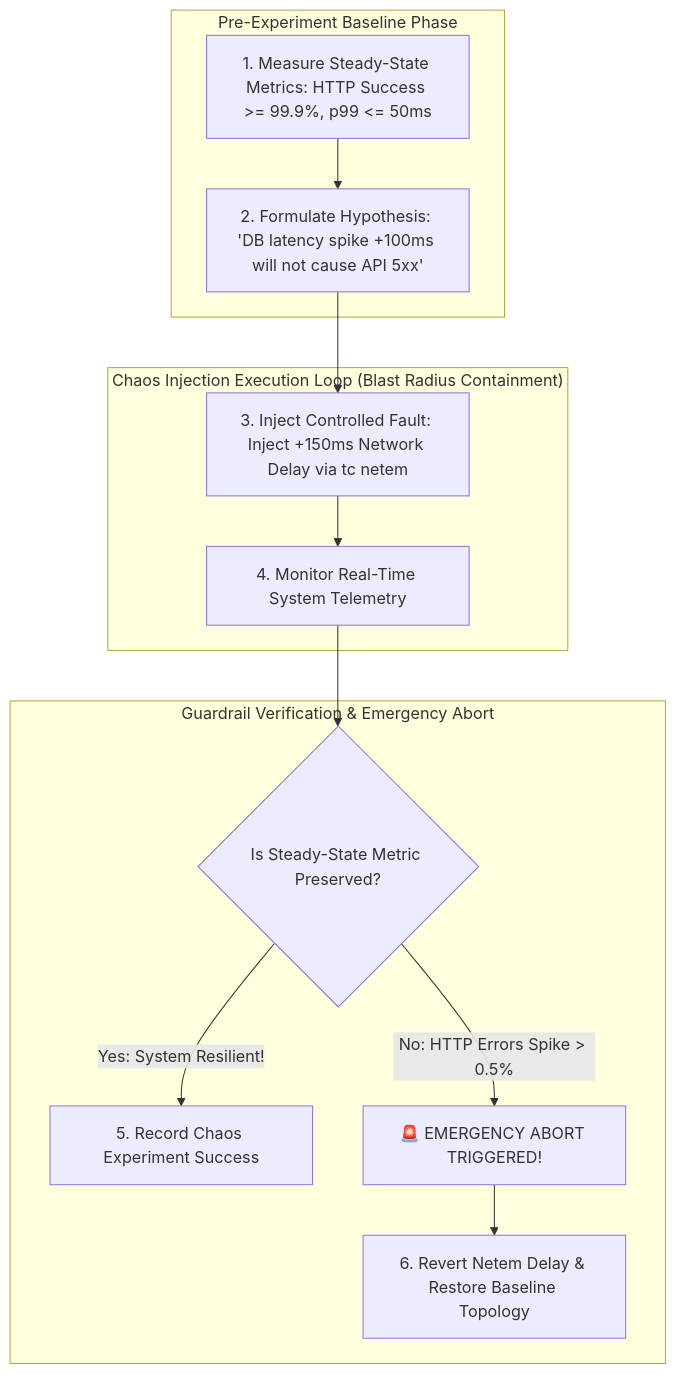
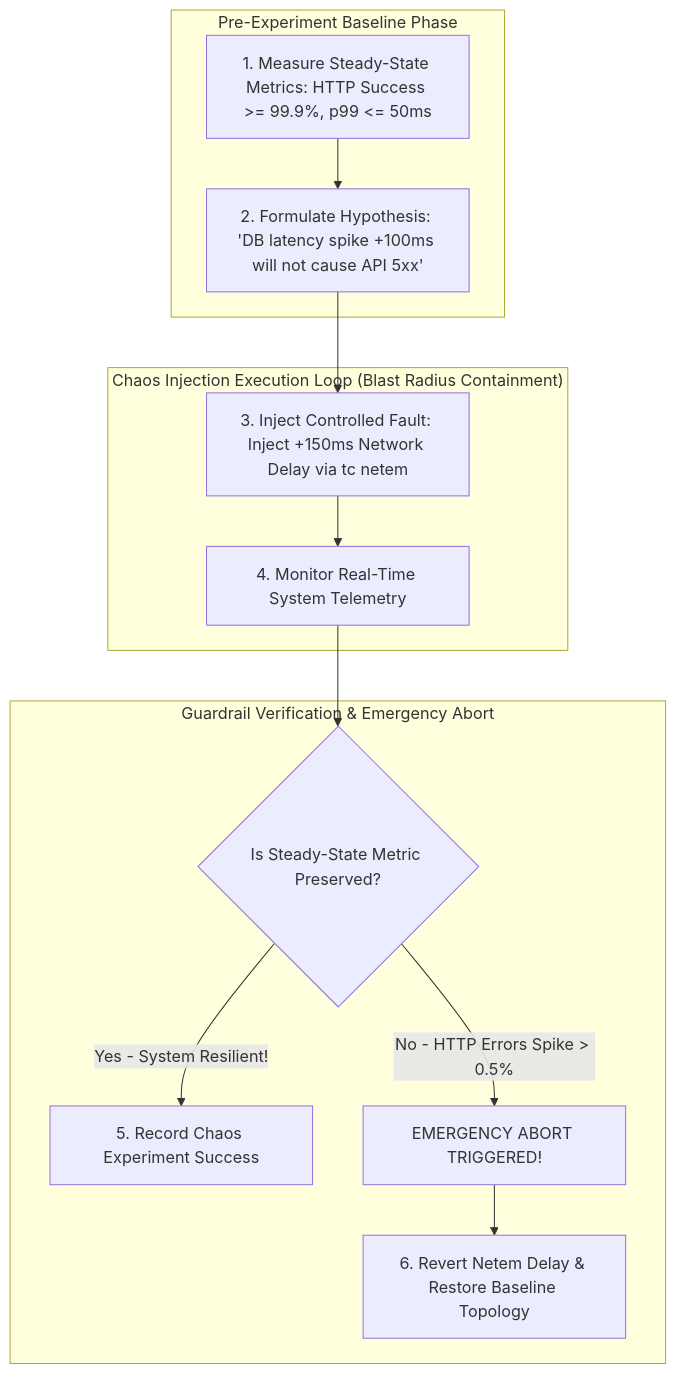
Before and after one commit to akmalkhaniub/akmalkhaniub.github.io: the diagram in blog/posts/chaos-engineering-principles-automated-failure-injection.md, drawn with Mermaid. The commit also changed 411 other files, not shown here.

````diff
--- a/blog/posts/chaos-engineering-principles-automated-failure-injection.md
+++ b/blog/posts/chaos-engineering-principles-automated-failure-injection.md
@@ -19,20 +19,20 @@
 ```mermaid
-graph TD
+flowchart TD
   subgraph SG1_PreExperimentBaseline ["Pre-Experiment Baseline Phase"]
     SteadyState[1. Measure Steady-State Metrics: HTTP Success >= 99.9%, p99 <= 50ms] --> Hypothesis[2. Formulate Hypothesis: 'DB latency spike +100ms will not cause API 5xx']
   end
   
   subgraph SG2_ChaosInjectionExecution ["Chaos Injection Execution Loop (Blast Radius Containment)"]
     Hypothesis --> Injector[3. Inject Controlled Fault: Inject +150ms Network Delay via tc netem]
     
     Injector --> Monitor[4. Monitor Real-Time System Telemetry]
   end
   
   subgraph SG3_GuardrailVerificationEmergency ["Guardrail Verification & Emergency Abort"]
     Monitor --> GuardrailCheck{Is Steady-State Metric Preserved?}
-    GuardrailCheck -->|Yes: System Resilient!| Pass[5. Record Chaos Experiment Success]
-    GuardrailCheck -->|No: HTTP Errors Spike > 0.5%| EmergencyAbort[🚨 EMERGENCY ABORT TRIGGERED!]
+    GuardrailCheck -->|Yes - System Resilient!| Pass[5. Record Chaos Experiment Success]
+    GuardrailCheck -->|No - HTTP Errors Spike > 0.5%| EmergencyAbort[ EMERGENCY ABORT TRIGGERED!]
     
     EmergencyAbort --> Rollback[6. Revert Netem Delay & Restore Baseline Topology]
   end
 ```
````
